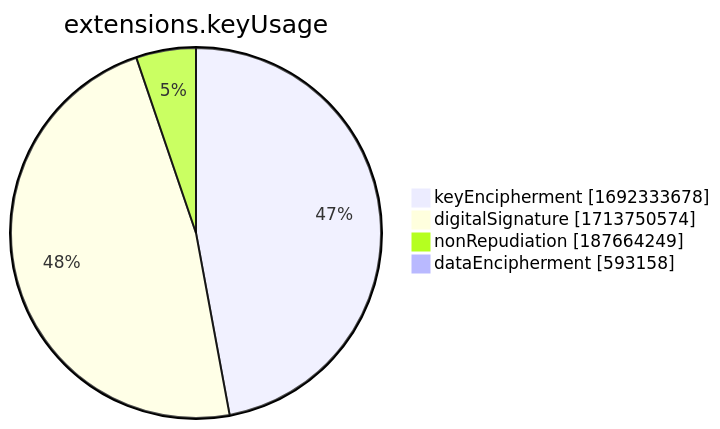
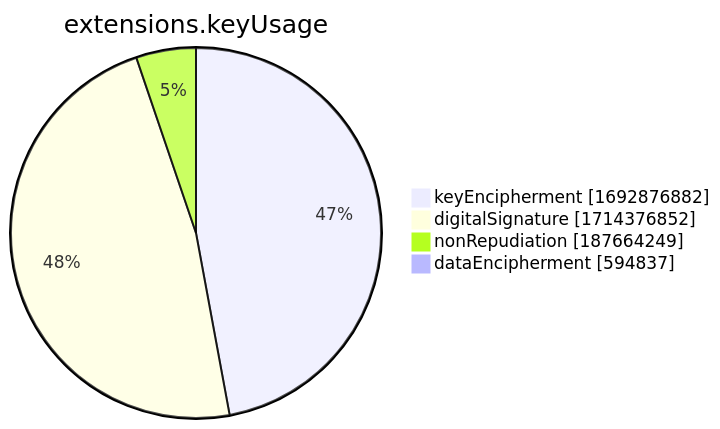
One commit to christiankrug/ctmonitor_visualization changed the seventh of 15 diagrams in xenon2022/README.md. Above: the diagram before and after it, drawn with Mermaid. The commit also changed other lines of this file, not shown here.

````diff
--- a/xenon2022/README.md
+++ b/xenon2022/README.md
@@ -2858,8 +2858,8 @@
 ```mermaid
 pie showData
 title extensions.keyUsage
-"keyEncipherment" :1692333678
-"digitalSignature" :1713750574
+"keyEncipherment" :1692876882
+"digitalSignature" :1714376852
 "nonRepudiation" :187664249
-"dataEncipherment" :593158
+"dataEncipherment" :594837
 ```
````
